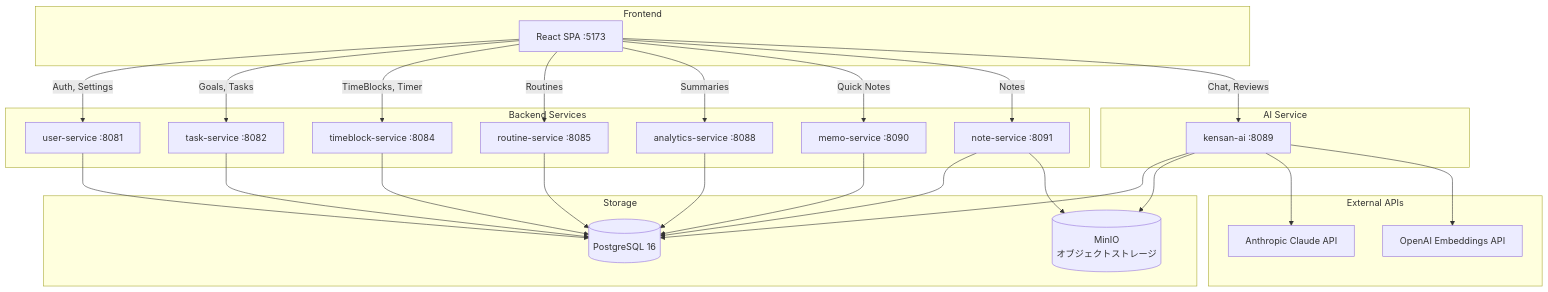
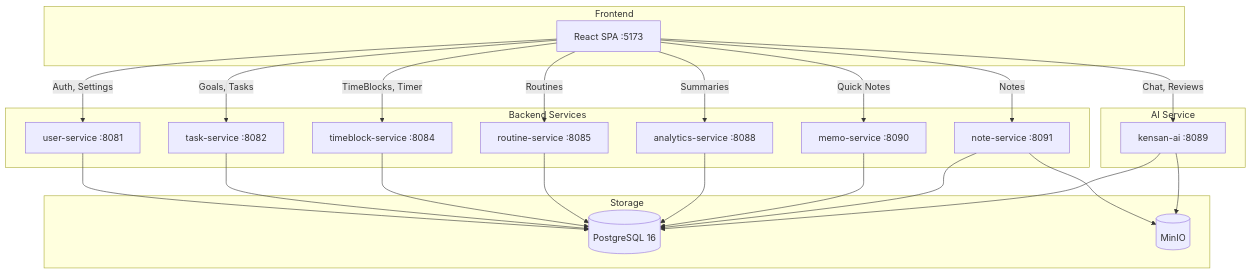
One commit to yu-min3/kensan changed the first of 8 diagrams in backend/ARCHITECTURE.md. Above: the diagram before and after it, drawn with Mermaid. The commit also changed other lines of this file and 117 other files, not shown here.

````diff
--- a/backend/ARCHITECTURE.md
+++ b/backend/ARCHITECTURE.md
@@ -41,52 +27,45 @@
 ```mermaid
 graph TB
     subgraph Frontend
         SPA[React SPA :5173]
     end
 
     subgraph "Backend Services"
         US[user-service :8081]
         TS[task-service :8082]
         TBS[timeblock-service :8084]
         RS[routine-service :8085]
         AS[analytics-service :8088]
         MS[memo-service :8090]
         NS[note-service :8091]
     end
 
     subgraph "AI Service"
         AI[kensan-ai :8089]
     end
 
     subgraph Storage
         PG[(PostgreSQL 16)]
-        MinIO[(MinIO<br/>オブジェクトストレージ)]
-    end
-
-    subgraph "External APIs"
-        Claude[Anthropic Claude API]
-        OpenAI[OpenAI Embeddings API]
+        MinIO[(MinIO)]
     end
 
     SPA -->|Auth, Settings| US
     SPA -->|Goals, Tasks| TS
     SPA -->|TimeBlocks, Timer| TBS
     SPA -->|Routines| RS
     SPA -->|Summaries| AS
     SPA -->|Quick Notes| MS
     SPA -->|Notes| NS
     SPA -->|Chat, Reviews| AI
 
     US --> PG
     TS --> PG
     TBS --> PG
     RS --> PG
     AS --> PG
     MS --> PG
     NS --> PG
     NS --> MinIO
     AI --> PG
     AI --> MinIO
-    AI --> Claude
-    AI --> OpenAI
 ```
````
